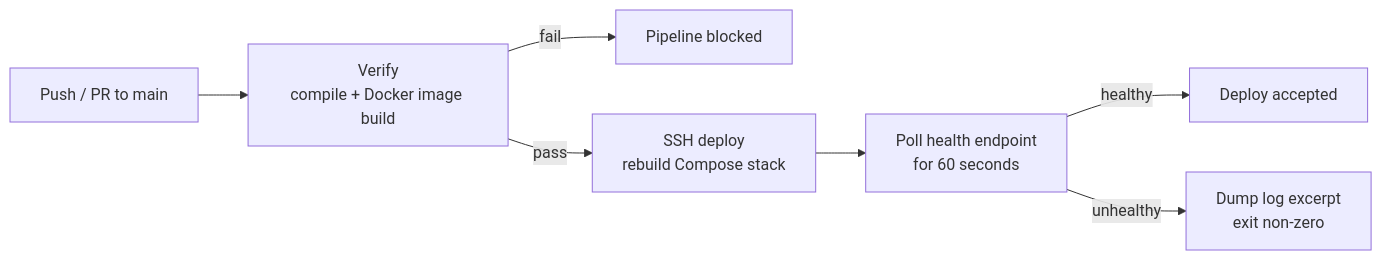
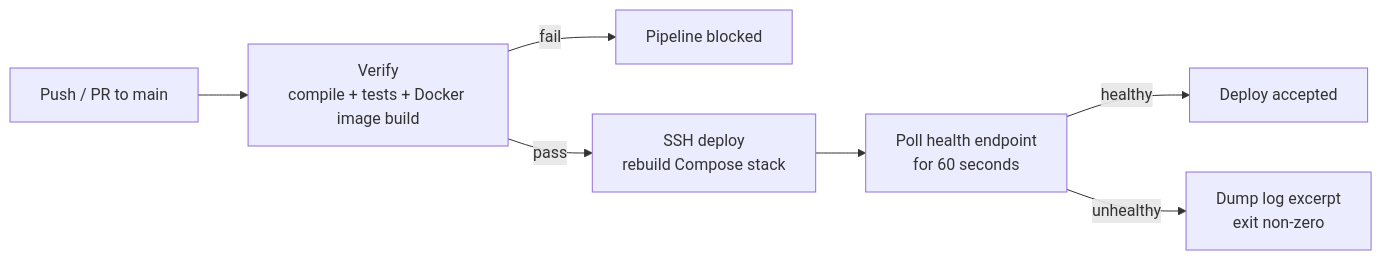
One commit to ManusolJ/pokemon-backend changed the second of 2 diagrams in README.md. Above: the diagram before and after it, drawn with Mermaid. The commit also changed other lines of this file, not shown here.

````diff
--- a/README.md
+++ b/README.md
@@ -372,9 +387,9 @@
 ```mermaid
 flowchart LR
-    Push["Push / PR to main"] --> Verify["Verify<br>compile + Docker image build"]
+    Push["Push / PR to main"] --> Verify["Verify<br>compile + tests + Docker image build"]
     Verify -- fail --> Blocked["Pipeline blocked"]
     Verify -- pass --> Deploy["SSH deploy<br>rebuild Compose stack"]
     Deploy --> Health["Poll health endpoint<br>for 60 seconds"]
     Health -- healthy --> Accepted["Deploy accepted"]
     Health -- unhealthy --> Failed["Dump log excerpt<br>exit non-zero"]
 ```
````
